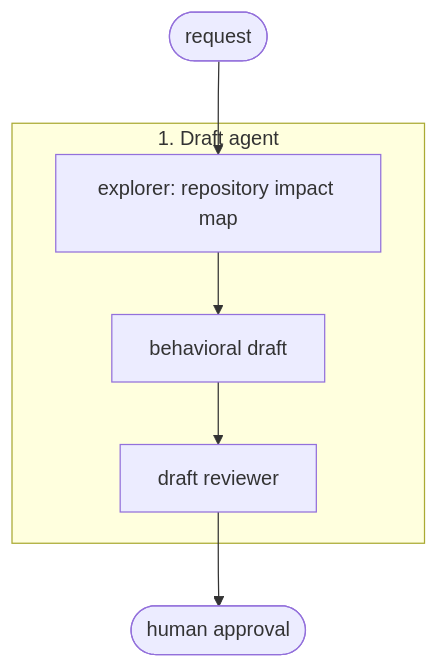
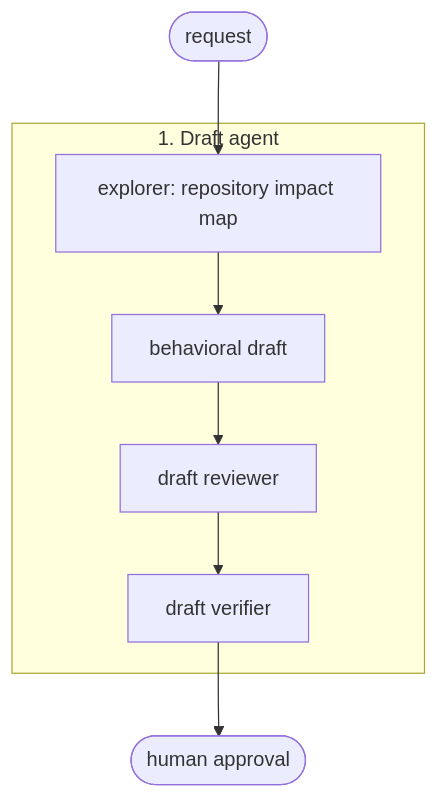
One commit to Sewer56/nixos-opencode-config changed the first of 2 diagrams in EXPLAINER.md. Above: the diagram before and after it, drawn with Mermaid. The commit also changed other lines of this file and 6 other files, not shown here.

First line of the commit message:
Added: verifier gate for draft reviewer findings

````diff
--- a/EXPLAINER.md
+++ b/EXPLAINER.md
@@ -17,11 +17,12 @@
 ```mermaid
 flowchart TD
     request([request]) --> explorer
 
     subgraph s1["1. Draft agent"]
         explorer[explorer: repository impact map] --> draft[behavioral draft]
         draft --> draftReview[draft reviewer]
+        draftReview --> draftVerify[draft verifier]
     end
 
-    draftReview --> approval([human approval])
+    draftVerify --> approval([human approval])
 ```
````
